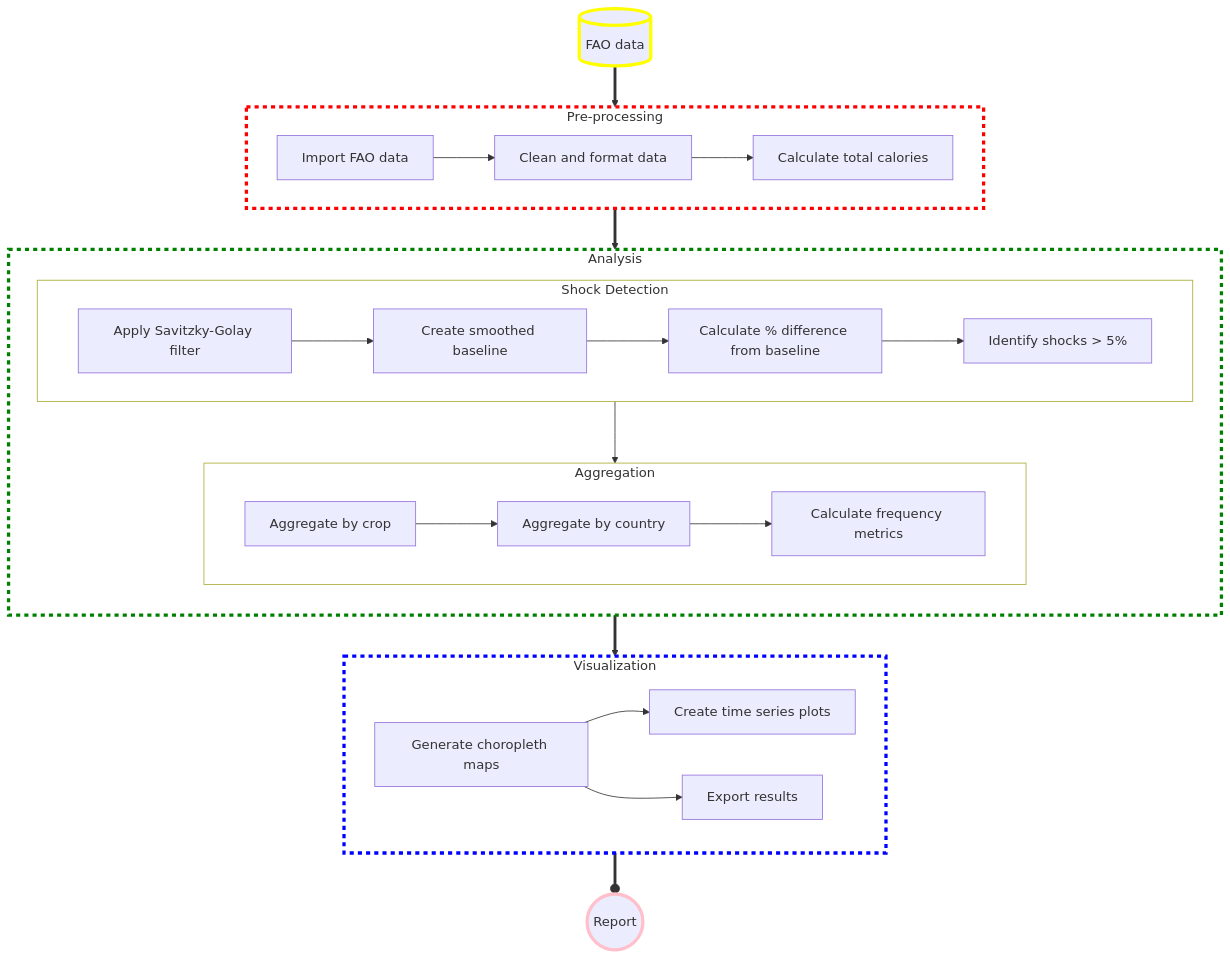
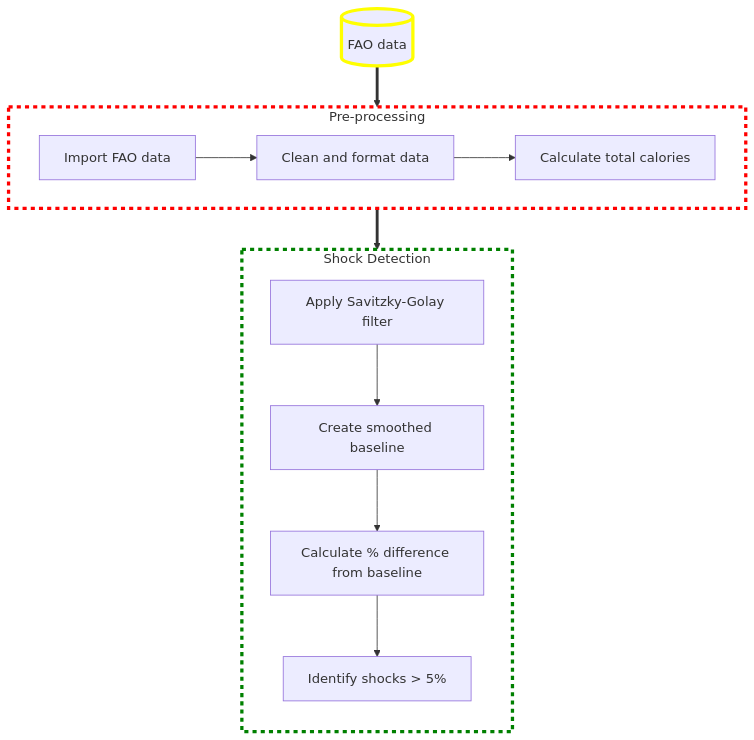
Before and after one commit to allfed/Historical-Food-Shocks: the diagram in README.md, drawn with Mermaid. The commit also changed other lines of this file, not shown here.

````diff
--- a/README.md
+++ b/README.md
@@ -89,41 +86,22 @@
 ```mermaid
 %%{ init: { 'flowchart': { 'curve': 'natural' } } }%%
 flowchart TD
     subgraph id_pre [Pre-processing]
     direction LR
     id_pre_1[Import FAO data] --> id_pre_2[Clean and format data]
     id_pre_2 --> id_pre_3[Calculate total calories]
     end
-    subgraph id_mod [Analysis]
+    subgraph id_mod [Shock Detection]
     direction TB
-        subgraph id_mod_sub_1 [Shock Detection]
-        direction LR
-        id_mod_1[Apply Savitzky-Golay filter] --> id_mod_2[Create smoothed baseline]
-        id_mod_2 --> id_mod_3[Calculate % difference from baseline]
-        id_mod_3 --> id_mod_4[Identify shocks > 5%]
-        end
-        id_mod_sub_1 --> id_mod_sub_2
-        subgraph id_mod_sub_2 [Aggregation]
-        direction LR
-        id_mod_5[Aggregate by crop] --> id_mod_6[Aggregate by country]
-        id_mod_6 --> id_mod_7[Calculate frequency metrics]
-        end
+    id_mod_1[Apply Savitzky-Golay filter] --> id_mod_2[Create smoothed baseline]
+    id_mod_2 --> id_mod_3[Calculate % difference from baseline]
+    id_mod_3 --> id_mod_4[Identify shocks > 5%]
     end
-    subgraph id_pos [Visualization]
-    direction LR
-    id_pos_1[Generate choropleth maps] --> id_pos_2[Create time series plots]
-    id_pos_1 --> id_pos_3[Export results]
-    end
+    
     FAO[(FAO data)] ==> id_pre
     id_pre ==> id_mod
-    id_mod ==> id_pos
-    id_pos ==o RES((Report))
 
     style id_pre fill:None,stroke:red,stroke-width:4px,stroke-dasharray: 5 5
     style id_mod fill:None,stroke:green,stroke-width:4px,stroke-dasharray: 5 5
-    style id_pos fill:None,stroke:blue,stroke-width:4px,stroke-dasharray: 5 5
-    style id_mod_sub_1 fill:None
-    style id_mod_sub_2 fill:None
-    style RES stroke:pink,stroke-width:4px
     style FAO stroke:yellow,stroke-width:4px
 ```
````
